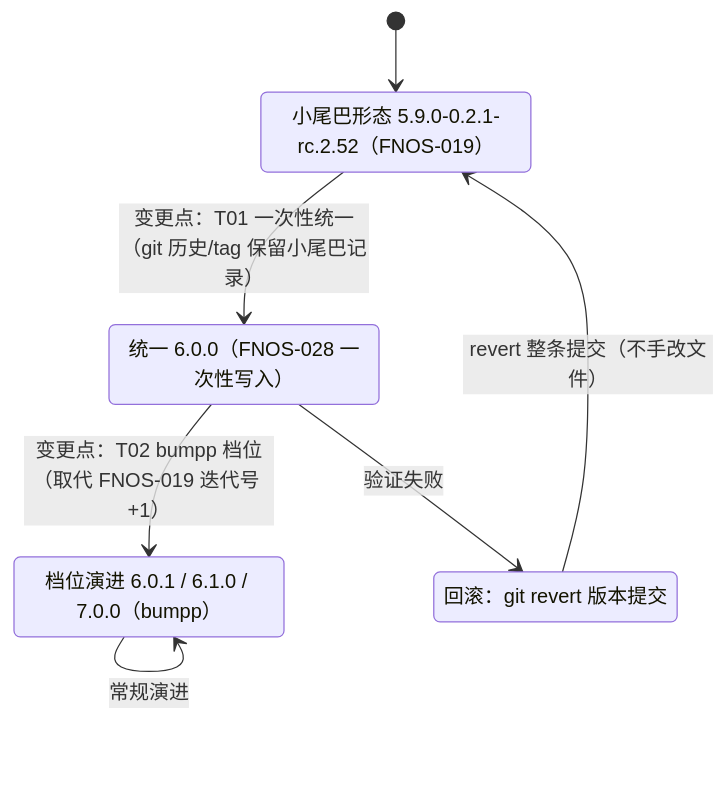
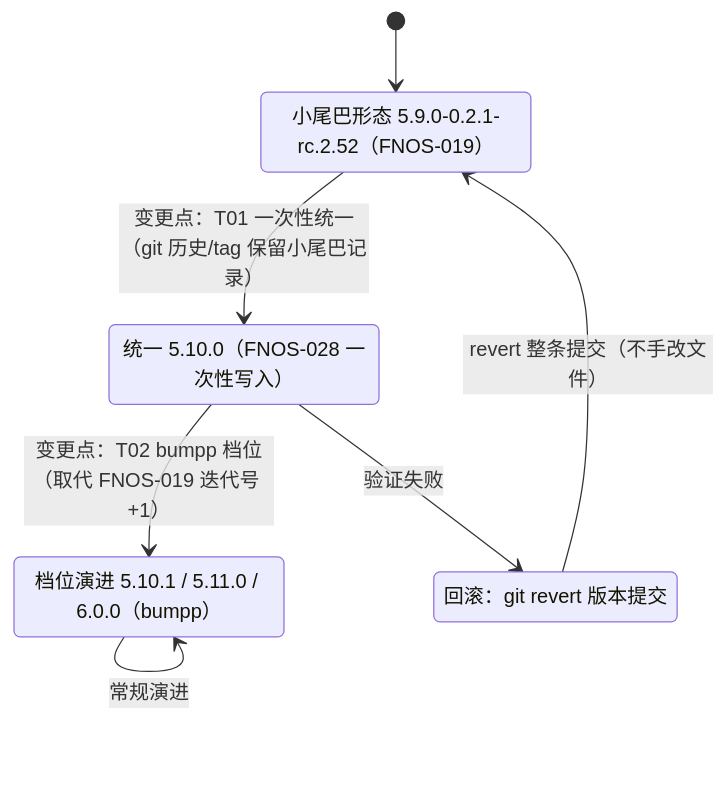
Before and after one commit to FNOSP/fnos-dsh: the third of 3 diagrams in docs/plans/PLAN-FNOS-028-unified-project-version-bumpp.md, drawn with Mermaid. The commit also changed other lines of this file and 40 other files, not shown here.

````diff
--- a/docs/plans/PLAN-FNOS-028-unified-project-version-bumpp.md
+++ b/docs/plans/PLAN-FNOS-028-unified-project-version-bumpp.md
@@ -132,14 +132,14 @@
 ```mermaid
 stateDiagram-v2
   state "小尾巴形态 5.9.0-0.2.1-rc.2.52（FNOS-019）" as Tail
-  state "统一 6.0.0（FNOS-028 一次性写入）" as Unified
-  state "档位演进 6.0.1 / 6.1.0 / 7.0.0（bumpp）" as Semver
+  state "统一 5.10.0（FNOS-028 一次性写入）" as Unified
+  state "档位演进 5.10.1 / 5.11.0 / 6.0.0（bumpp）" as Semver
   state "回滚：git revert 版本提交" as Rollback
 
   [*] --> Tail
   Tail --> Unified: 变更点：T01 一次性统一<br/>（git 历史/tag 保留小尾巴记录）
   Unified --> Semver: 变更点：T02 bumpp 档位<br/>（取代 FNOS-019 迭代号 +1）
   Semver --> Semver: 常规演进
   Unified --> Rollback: 验证失败
   Rollback --> Tail: revert 整条提交（不手改文件）
 ```
````
